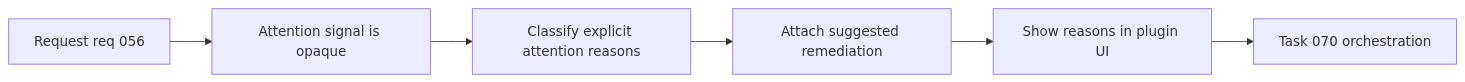
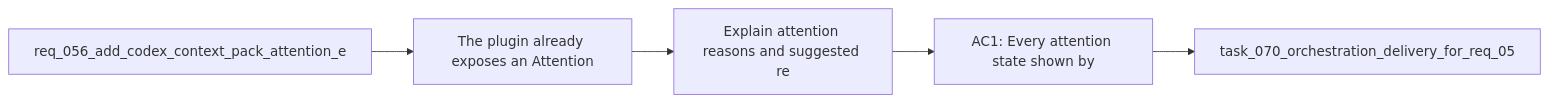
Before and after one commit to AlexAgo83/logics-manager: the diagram in logics/backlog/item_066_explain_attention_reasons_and_suggested_remediation.md, drawn with Mermaid. The commit also changed 481 other files, not shown here.

````diff
--- a/logics/backlog/item_066_explain_attention_reasons_and_suggested_remediation.md
+++ b/logics/backlog/item_066_explain_attention_reasons_and_suggested_remediation.md
@@ -32,9 +32,9 @@
 ```mermaid
+%% logics-kind: backlog
 %% logics-signature: backlog|explain-attention-reasons-and-suggested-|req-056-add-codex-context-pack-attention|the-plugin-already-exposes-an-attention|ac1-every-attention-state-shown-by
 flowchart LR
-    Request[Request req 056] --> Problem[Attention signal is opaque]
-    Problem --> Rules[Classify explicit attention reasons]
-    Rules --> Guidance[Attach suggested remediation]
-    Guidance --> Surface[Show reasons in plugin UI]
-    Surface --> Task[Task 070 orchestration]
+    Request[req_056_add_codex_context_pack_attention_e] --> Problem[The plugin already exposes an Attention]
+    Problem --> Scope[Explain attention reasons and suggested re]
+    Scope --> Acceptance[AC1: Every attention state shown by]
+    Acceptance --> Tasks[task_070_orchestration_delivery_for_req_05]
 ```
````
